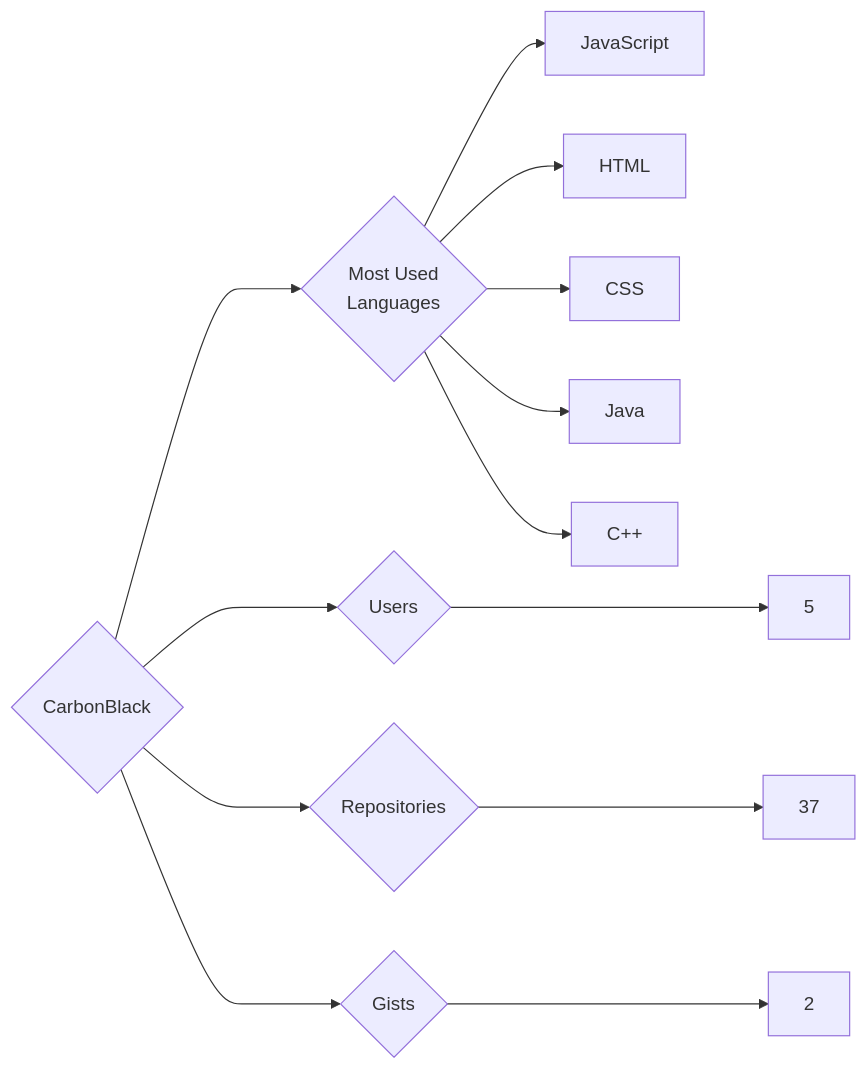
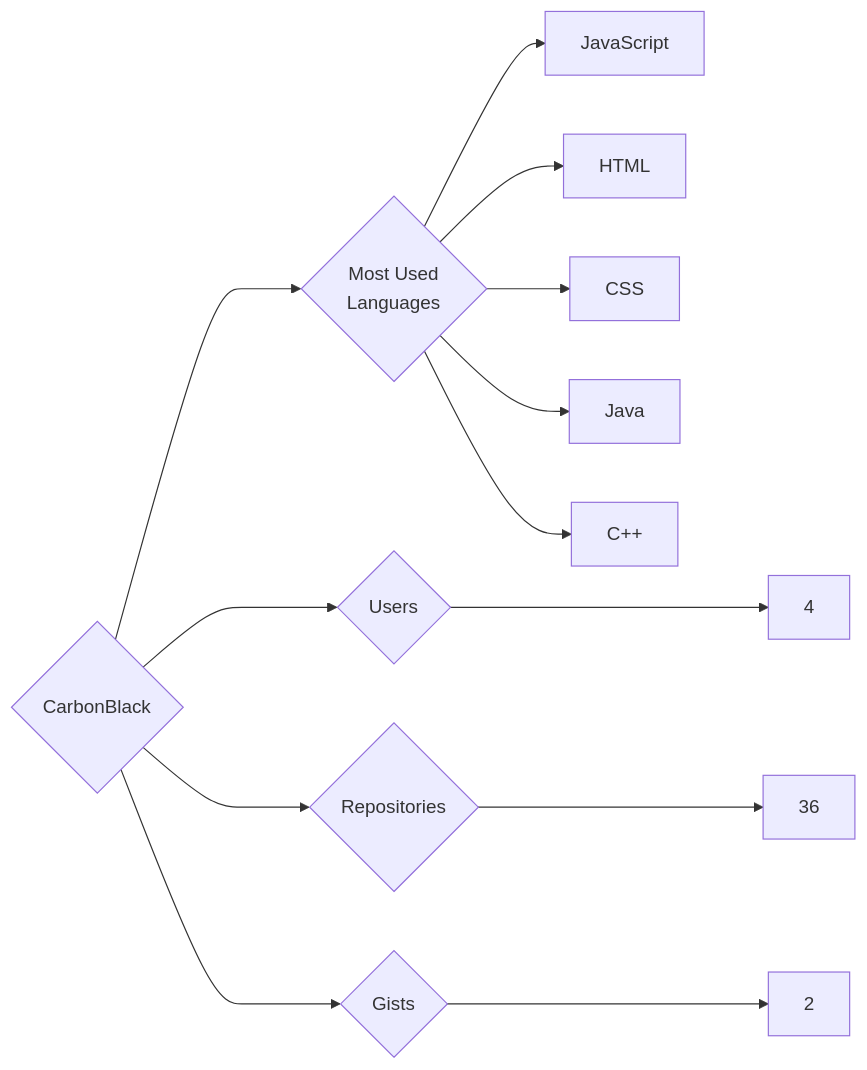
Before and after one commit to trickest/insiders: the diagram in targets/CarbonBlack/README.md, drawn with Mermaid. The commit also changed 965 other files, not shown here.

````diff
--- a/targets/CarbonBlack/README.md
+++ b/targets/CarbonBlack/README.md
@@ -3,13 +3,13 @@
 ```mermaid
 graph LR
 COMPANY_NAME{CarbonBlack}
-COMPANY_NAME ---> U{Users} ---> UN[5]
-COMPANY_NAME ---> R{Repositories} ---> RN[37]
+COMPANY_NAME ---> U{Users} ---> UN[4]
+COMPANY_NAME ---> R{Repositories} ---> RN[36]
 COMPANY_NAME ---> G{Gists} ---> GN[2]
 COMPANY_NAME ---> ML{Most Used<br>Languages}
 ML --> JavaScript[JavaScript]
 ML --> HTML[HTML]
 ML --> CSS[CSS]
 ML --> Java[Java]
 ML --> C++[C++]
 ```
````
